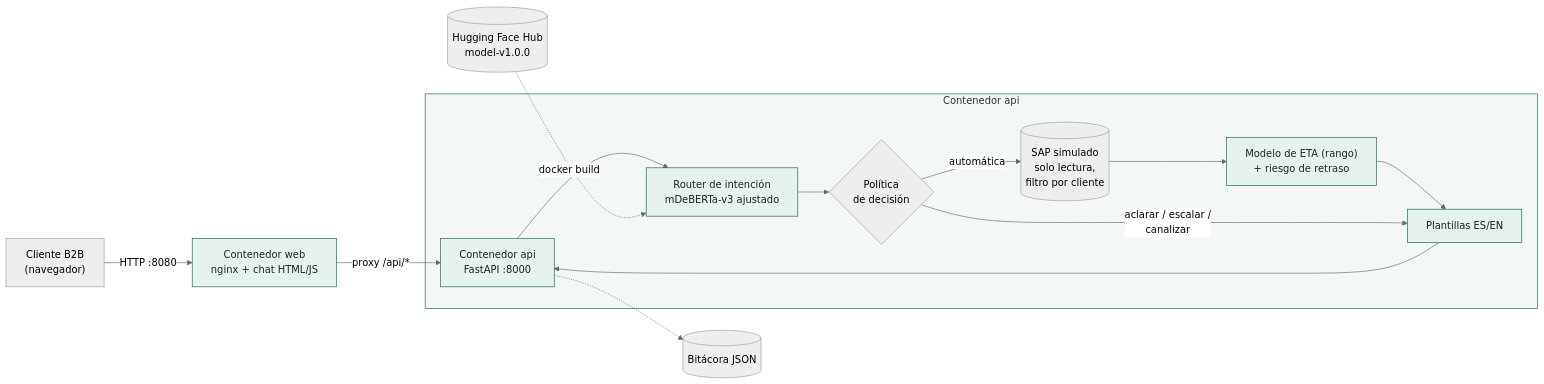
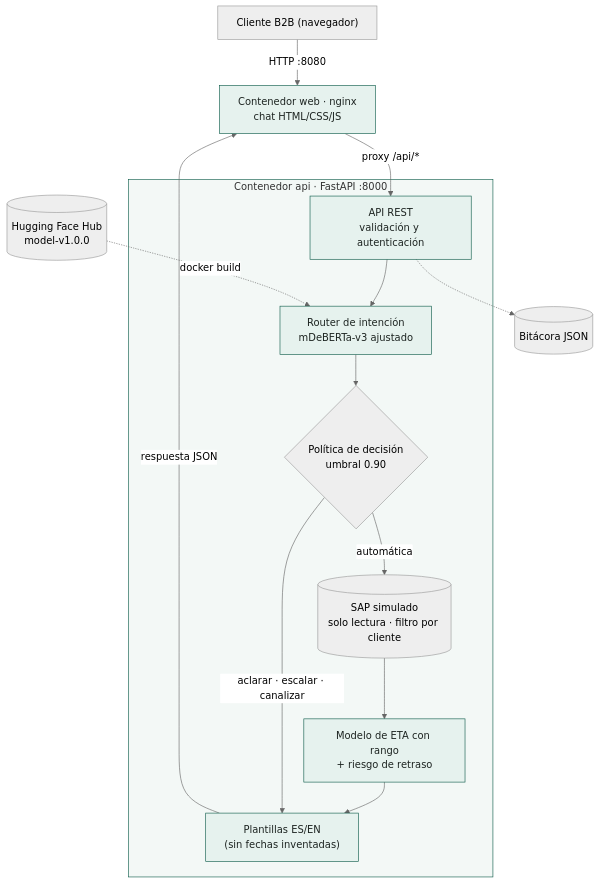
One commit to gagarang25/ProyectoFase2 changed the diagram in docs/diagramas/arquitectura.mmd. Above: the diagram before and after it, drawn with Mermaid (neutral theme). The commit also changed 40 other files, not shown here.

```diff
--- a/docs/diagramas/arquitectura.mmd
+++ b/docs/diagramas/arquitectura.mmd
@@ -1,17 +1,17 @@
-flowchart LR
-    U["Cliente B2B<br/>(navegador)"] -->|"HTTP :8080"| W["Contenedor web<br/>nginx + chat HTML/JS"]
-    W -->|"proxy /api/*"| A["Contenedor api<br/>FastAPI :8000"]
-    subgraph API["Contenedor api"]
-      A --> R["Router de intención<br/>mDeBERTa-v3 ajustado"]
-      R --> P{"Política<br/>de decisión"}
-      P -->|"automática"| S[("SAP simulado<br/>solo lectura,<br/>filtro por cliente")]
-      S --> E["Modelo de ETA (rango)<br/>+ riesgo de retraso"]
-      E --> T["Plantillas ES/EN"]
-      P -->|"aclarar / escalar /<br/>canalizar"| T
+flowchart TB
+    U["Cliente B2B (navegador)"] -->|"HTTP :8080"| W["Contenedor web · nginx<br/>chat HTML/CSS/JS"]
+    W -->|"proxy /api/*"| A
+    subgraph API["Contenedor api · FastAPI :8000"]
+      A["API REST<br/>validación y autenticación"] --> R["Router de intención<br/>mDeBERTa-v3 ajustado"]
+      R --> P{"Política de decisión<br/>umbral 0.90"}
+      P -->|"automática"| S[("SAP simulado<br/>solo lectura · filtro por cliente")]
+      S --> E["Modelo de ETA con rango<br/>+ riesgo de retraso"]
+      E --> T["Plantillas ES/EN<br/>(sin fechas inventadas)"]
+      P -->|"aclarar · escalar · canalizar"| T
     end
-    T --> A
+    T -->|"respuesta JSON"| W
     A -.-> B[("Bitácora JSON")]
     HF[("Hugging Face Hub<br/>model-v1.0.0")] -.->|"docker build"| R
     style API fill:#f3f8f6,stroke:#0e5c4a
     classDef verde fill:#e6f2ee,stroke:#0e5c4a,color:#1d2421
     class W,A,R,E,T verde
```
